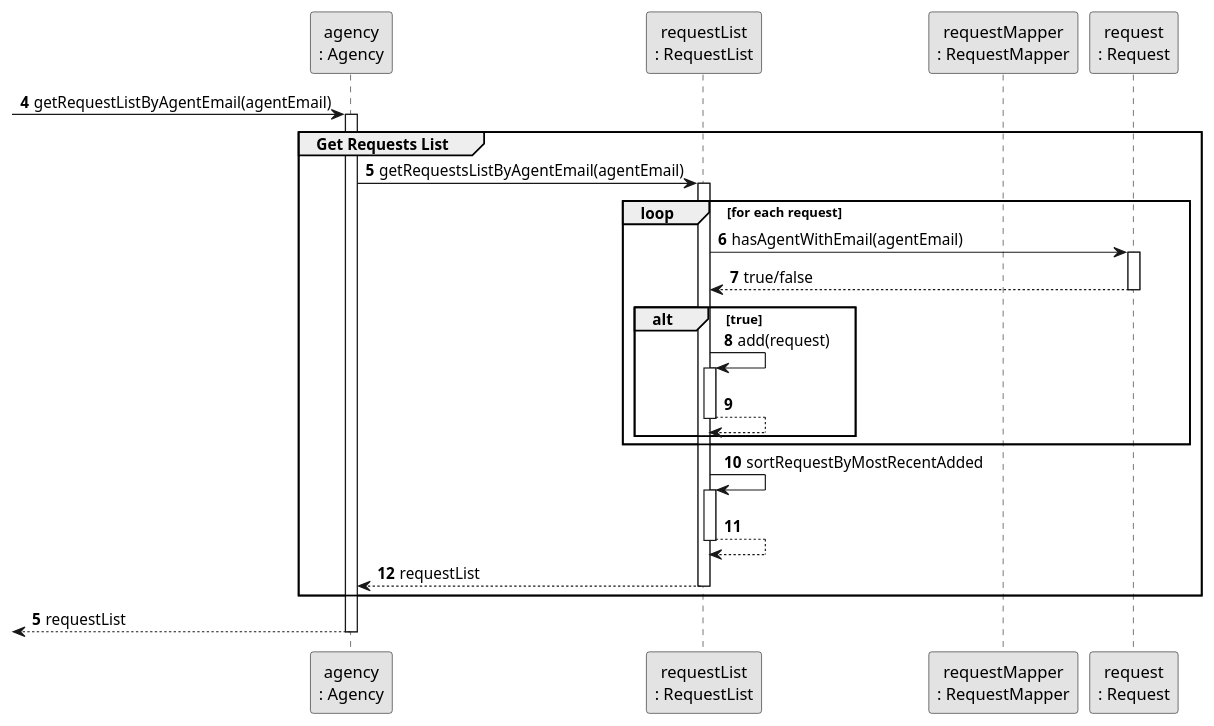
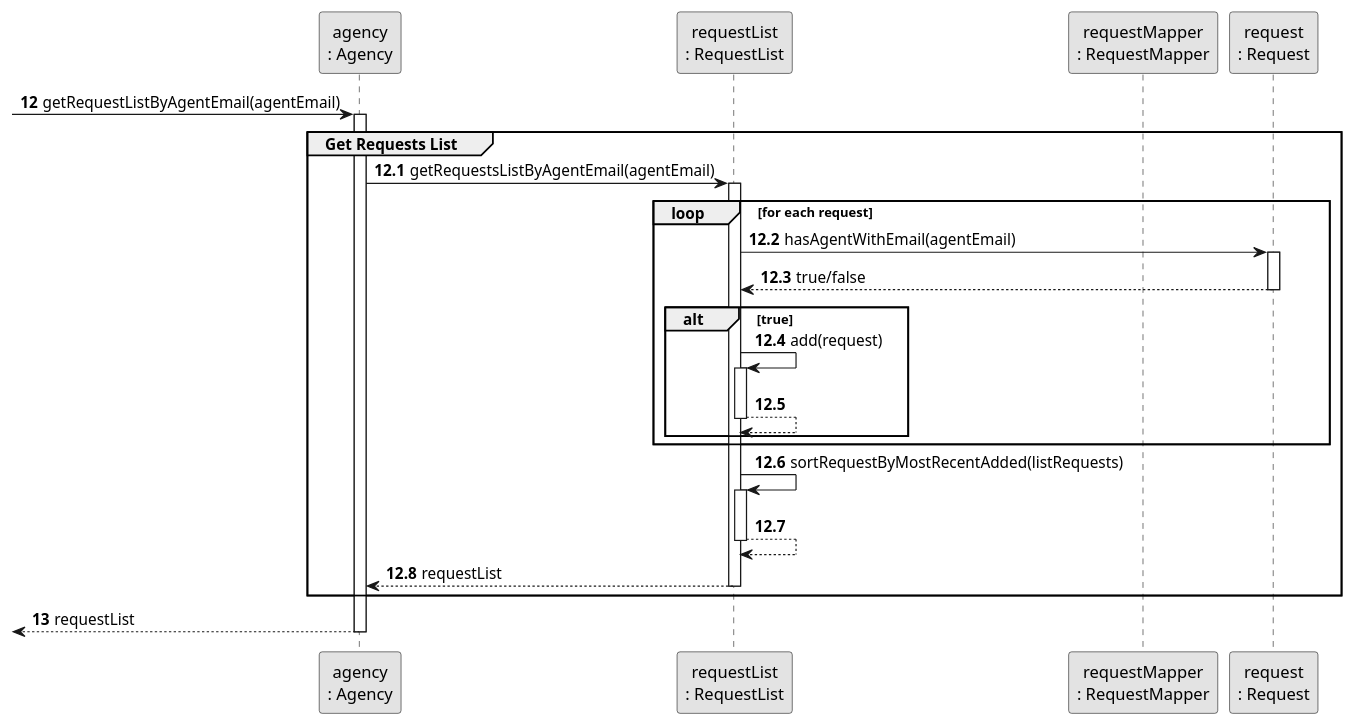
The diagram in docs/sprintC/us008/03.design/puml/us008-sequence-diagram-partial-get-requests-list.puml (rita-barbosa/LAPR2-2223), drawn with PlantUML before and after one commit. The commit also changed 13 other files, not shown here.

```diff
--- a/docs/sprintC/us008/03.design/puml/us008-sequence-diagram-partial-get-requests-list.puml
+++ b/docs/sprintC/us008/03.design/puml/us008-sequence-diagram-partial-get-requests-list.puml
@@ -1,54 +1,55 @@
 @startuml
 skinparam monochrome true
 skinparam packageStyle rectangle
 skinparam shadowing false
 
 
 
 participant "agency\n: Agency" as AGENCY
 participant "requestList\n: RequestList" as ReqList
 participant "requestMapper\n: RequestMapper" as ReqMapper
 participant "request\n: Request" as REQUEST
 
-autonumber 4
+autonumber 12
     -> AGENCY: getRequestListByAgentEmail(agentEmail)
     activate AGENCY
 
 group Get Requests List
+autonumber 12.1
 
         AGENCY -> ReqList : getRequestsListByAgentEmail(agentEmail)
         activate ReqList
 
         loop for each request
          ReqList -> REQUEST : hasAgentWithEmail(agentEmail)
          activate REQUEST
 
          REQUEST --> ReqList : true/false
          deactivate REQUEST
 
              alt true
              ReqList -> ReqList : add(request)
              activate ReqList
 
              ReqList --> ReqList :
              deactivate ReqList
              end
 
          end
 
-         ReqList -> ReqList : sortRequestByMostRecentAdded
+         ReqList -> ReqList : sortRequestByMostRecentAdded(listRequests)
          activate ReqList
 
          ReqList --> ReqList :
          deactivate ReqList
 
          ReqList --> AGENCY : requestList
          deactivate ReqList
 
 
 end group
-autonumber 5
+autonumber 13
      <-- AGENCY: requestList
      deactivate AGENCY
 
 @enduml
```
